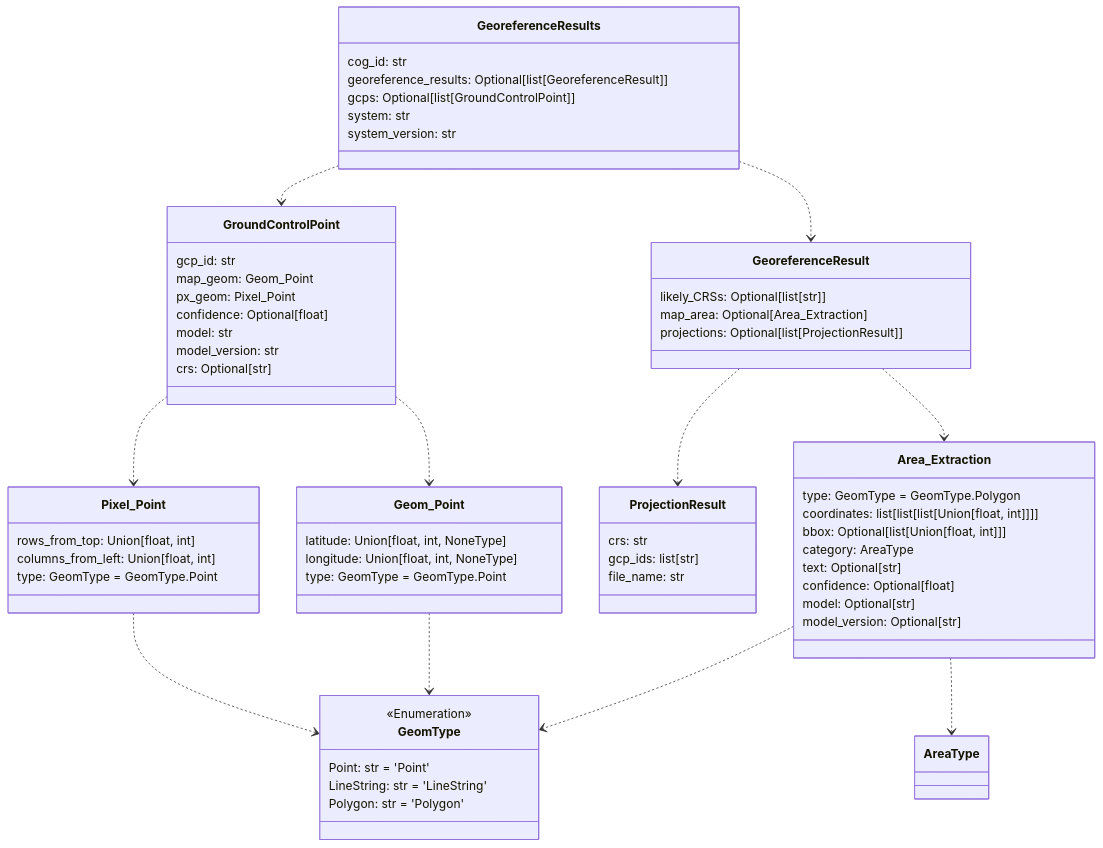
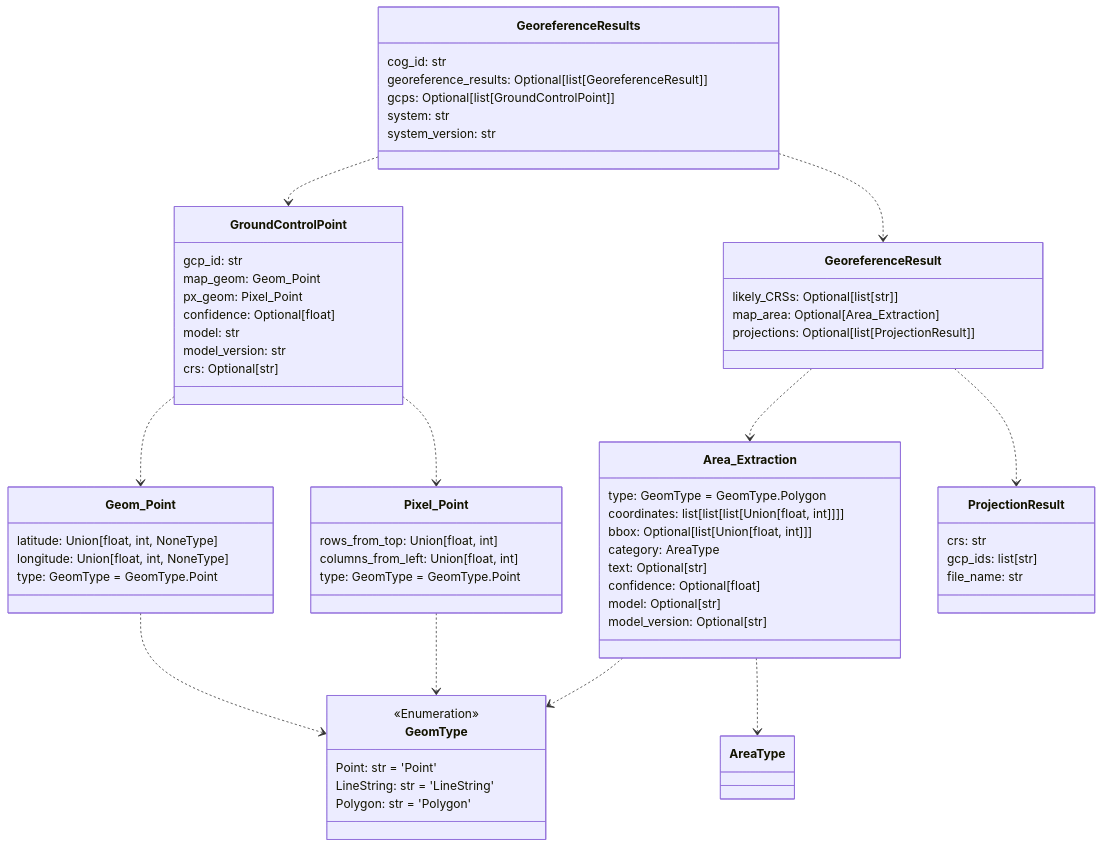
One commit to UW-xDD/cdr_schemas changed the first of 7 diagrams in README.md. Above: the diagram before and after it, drawn with Mermaid. The commit also changed other lines of this file and 2 other files, not shown here.

````diff
--- a/README.md
+++ b/README.md
@@ -50,76 +50,76 @@
 ```mermaid
 classDiagram
 
-    class Pixel_Point {
-        rows_from_top: Union[float, int]
-        columns_from_left: Union[float, int]
-        type: GeomType = GeomType.Point
+    class ProjectionResult {
+        crs: str
+        gcp_ids: list[str]
+        file_name: str
     }
 
-    class GeoreferenceResults {
-        cog_id: str
-        georeference_results: Optional[list[GeoreferenceResult]]
-        gcps: Optional[list[GroundControlPoint]]
-        system: str
-        system_version: str
+    class GroundControlPoint {
+        gcp_id: str
+        map_geom: Geom_Point
+        px_geom: Pixel_Point
+        confidence: Optional[float]
+        model: str
+        model_version: str
+        crs: Optional[str]
     }
 
     class GeomType {
         <<Enumeration>>
         Point: str = 'Point'
         LineString: str = 'LineString'
         Polygon: str = 'Polygon'
     }
 
     class Area_Extraction {
         type: GeomType = GeomType.Polygon
         coordinates: list[list[list[Union[float, int]]]]
         bbox: Optional[list[Union[float, int]]]
         category: AreaType
         text: Optional[str]
         confidence: Optional[float]
         model: Optional[str]
         model_version: Optional[str]
     }
 
+    class GeoreferenceResult {
+        likely_CRSs: Optional[list[str]]
+        map_area: Optional[Area_Extraction]
+        projections: Optional[list[ProjectionResult]]
+    }
+
+    class GeoreferenceResults {
+        cog_id: str
+        georeference_results: Optional[list[GeoreferenceResult]]
+        gcps: Optional[list[GroundControlPoint]]
+        system: str
+        system_version: str
+    }
+
     class Geom_Point {
         latitude: Union[float, int, NoneType]
         longitude: Union[float, int, NoneType]
         type: GeomType = GeomType.Point
     }
 
-    class ProjectionResult {
-        crs: str
-        gcp_ids: list[str]
-        file_name: str
-    }
-
-    class GroundControlPoint {
-        gcp_id: str
-        map_geom: Geom_Point
-        px_geom: Pixel_Point
-        confidence: Optional[float]
-        model: str
-        model_version: str
-        crs: Optional[str]
-    }
-
-    class GeoreferenceResult {
-        likely_CRSs: Optional[list[str]]
-        map_area: Optional[Area_Extraction]
-        projections: Optional[list[ProjectionResult]]
+    class Pixel_Point {
+        rows_from_top: Union[float, int]
+        columns_from_left: Union[float, int]
+        type: GeomType = GeomType.Point
     }
 
     Area_Extraction ..> GeomType
     Area_Extraction ..> AreaType
     Geom_Point ..> GeomType
     Pixel_Point ..> GeomType
+    GroundControlPoint ..> Geom_Point
     GroundControlPoint ..> Pixel_Point
-    GroundControlPoint ..> Geom_Point
+    GeoreferenceResult ..> Area_Extraction
     GeoreferenceResult ..> ProjectionResult
-    GeoreferenceResult ..> Area_Extraction
     GeoreferenceResults ..> GroundControlPoint
     GeoreferenceResults ..> GeoreferenceResult
 
 
 ```
````
